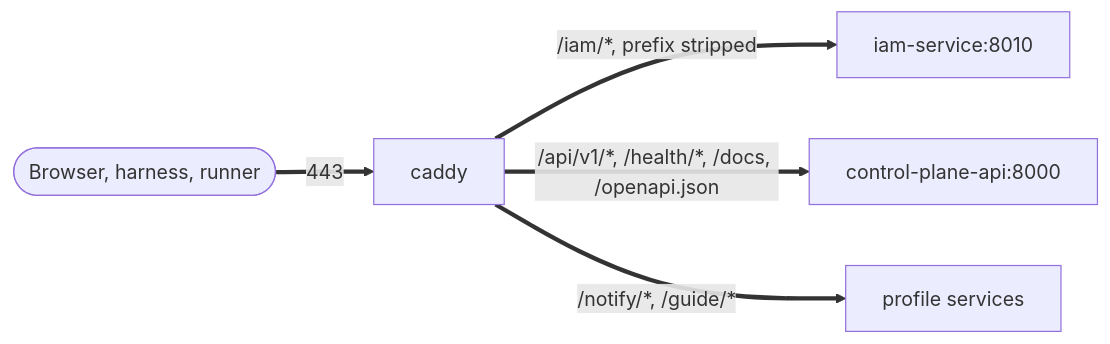
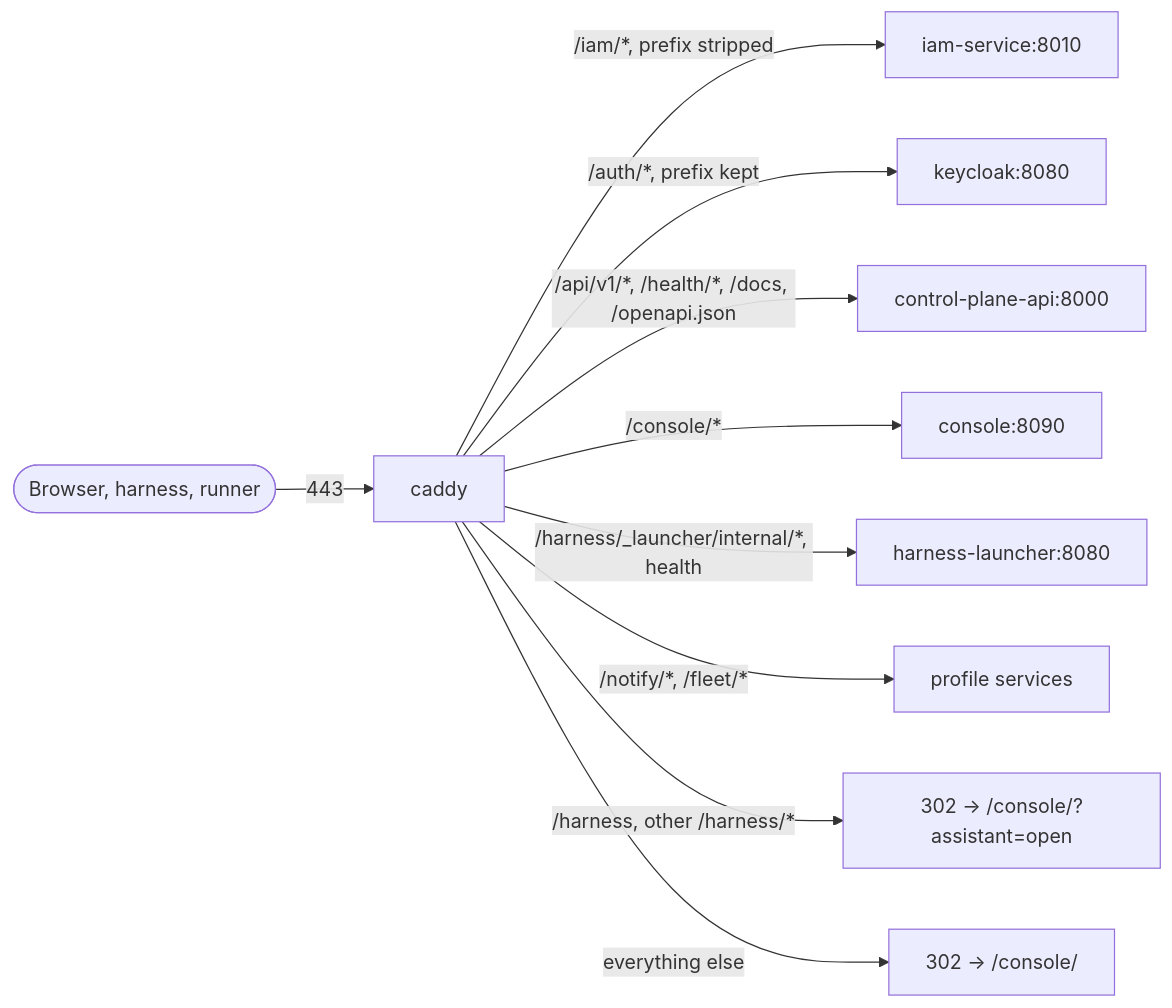
One commit to taimen-ai/taimen changed the diagram in guide/docs/operations/edge-and-tls.md. Above: the diagram before and after it, drawn with Mermaid. The commit also changed other lines of this file and 123 other files, not shown here.

First line of the commit message:
guide: fleet, console, assistant and Keycloak sign-in in the public guide

````diff
--- a/guide/docs/operations/edge-and-tls.md
+++ b/guide/docs/operations/edge-and-tls.md
@@ -13,7 +12,12 @@
 ```mermaid
 flowchart LR
-    client([Browser, harness, runner]) ==>|443| caddy[caddy]
-    caddy ==>|/iam/*, prefix stripped| iam[iam-service:8010]
-    caddy ==>|/api/v1/*, /health/*, /docs, /openapi.json| cp[control-plane-api:8000]
-    caddy ==>|/notify/*, /guide/*| other[profile services]
+    client([Browser, harness, runner]) -->|443| caddy[caddy]
+    caddy -->|/iam/*, prefix stripped| iam[iam-service:8010]
+    caddy -->|/auth/*, prefix kept| kc[keycloak:8080]
+    caddy -->|/api/v1/*, /health/*, /docs, /openapi.json| cp[control-plane-api:8000]
+    caddy -->|/console/*| console[console:8090]
+    caddy -->|/harness/_launcher/internal/*, health| hl[harness-launcher:8080]
+    caddy -->|/notify/*, /fleet/*| other[profile services]
+    caddy -->|/harness, other /harness/*| asst[302 → /console/?assistant=open]
+    caddy -->|everything else| root[302 → /console/]
 ```
````
